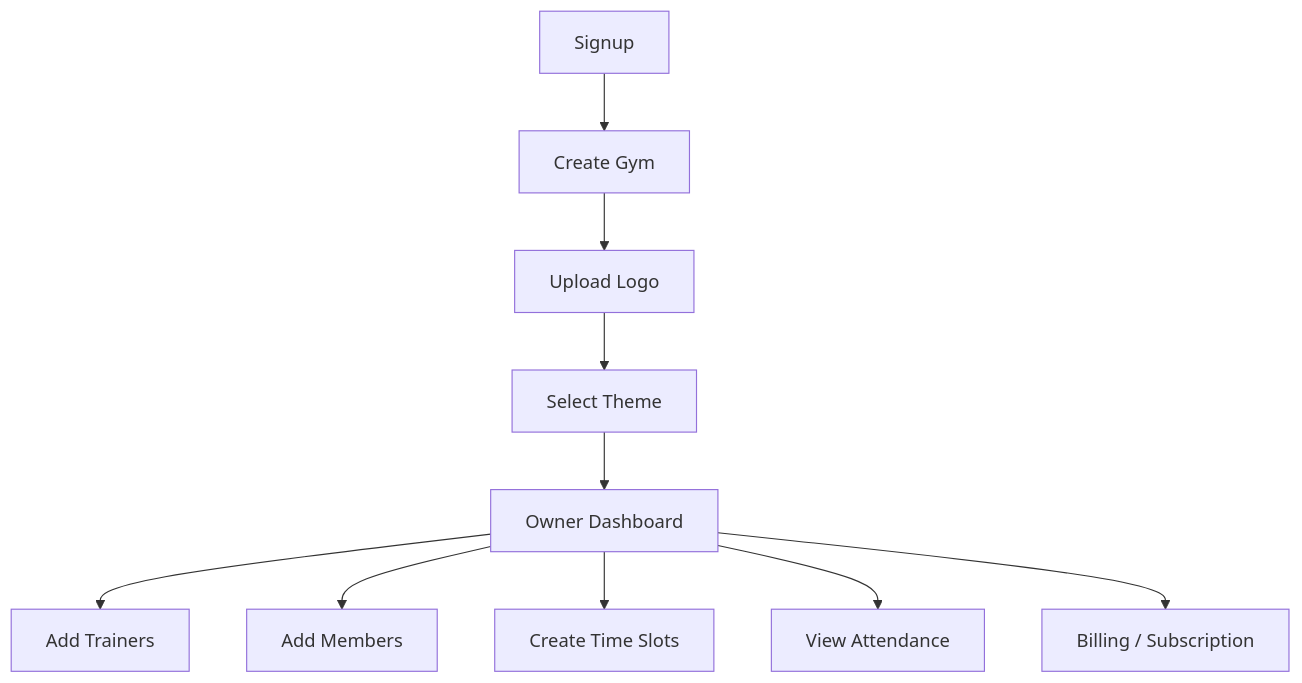
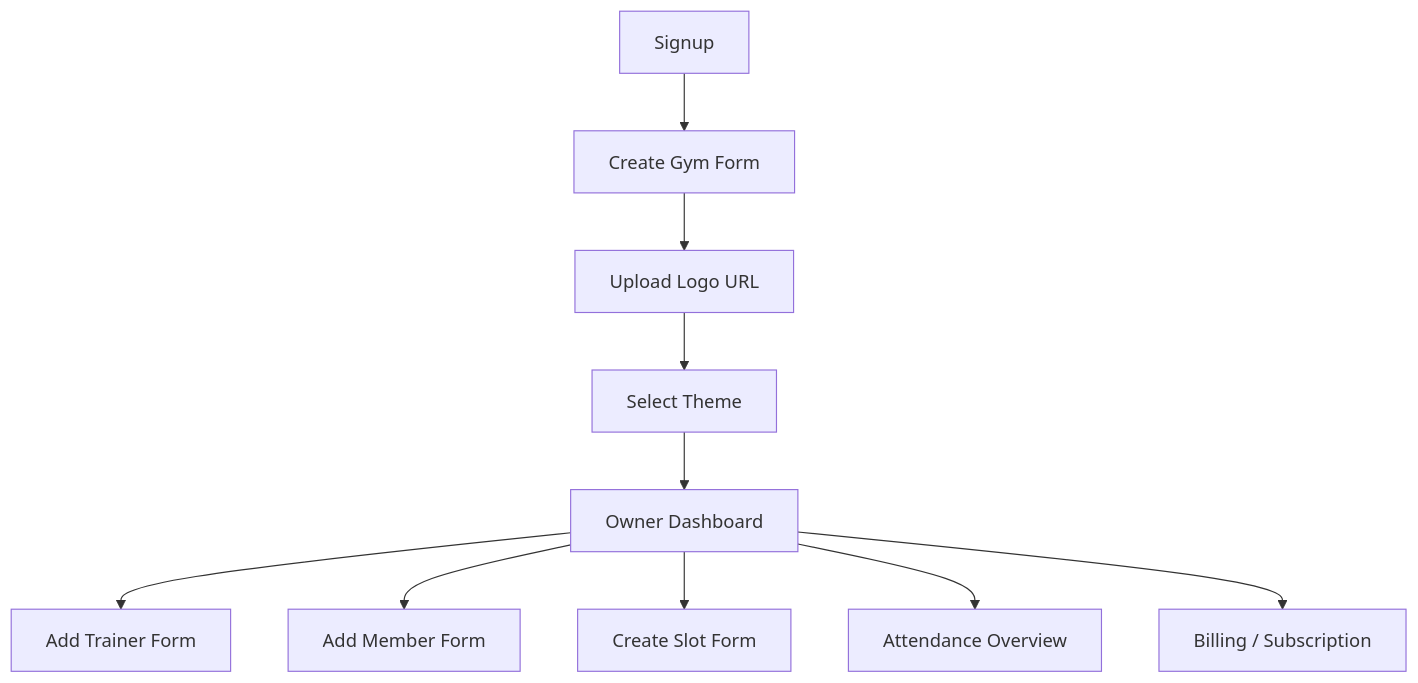
Before and after one commit to atharshah1/gimios: the second of 5 diagrams in frontend/mobile-app/SCREEN_FLOW.md, drawn with Mermaid. The commit also changed other lines of this file and 23 other files, not shown here.

````diff
--- a/frontend/mobile-app/SCREEN_FLOW.md
+++ b/frontend/mobile-app/SCREEN_FLOW.md
@@ -23,13 +24,13 @@
 ```mermaid
 flowchart TD
-    SU[Signup] --> CG[Create Gym]
-    CG --> LU[Upload Logo]
+    SU[Signup] --> CG[Create Gym Form]
+    CG --> LU[Upload Logo URL]
     LU --> ST[Select Theme]
     ST --> OD[Owner Dashboard]
 
-    OD --> AT[Add Trainers]
-    OD --> AM[Add Members]
-    OD --> CS[Create Time Slots]
-    OD --> VA[View Attendance]
+    OD --> AT[Add Trainer Form]
+    OD --> AM[Add Member Form]
+    OD --> CS[Create Slot Form]
+    OD --> VA[Attendance Overview]
     OD --> BI[Billing / Subscription]
 ```
````
